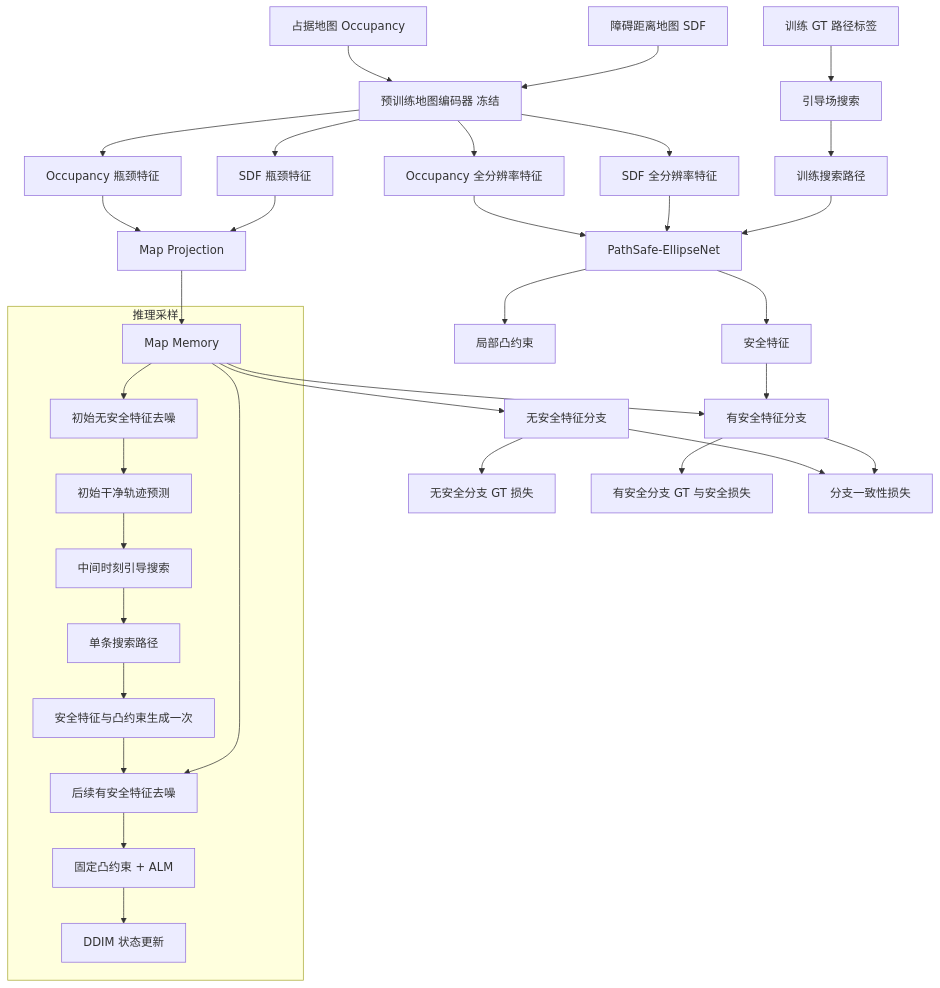
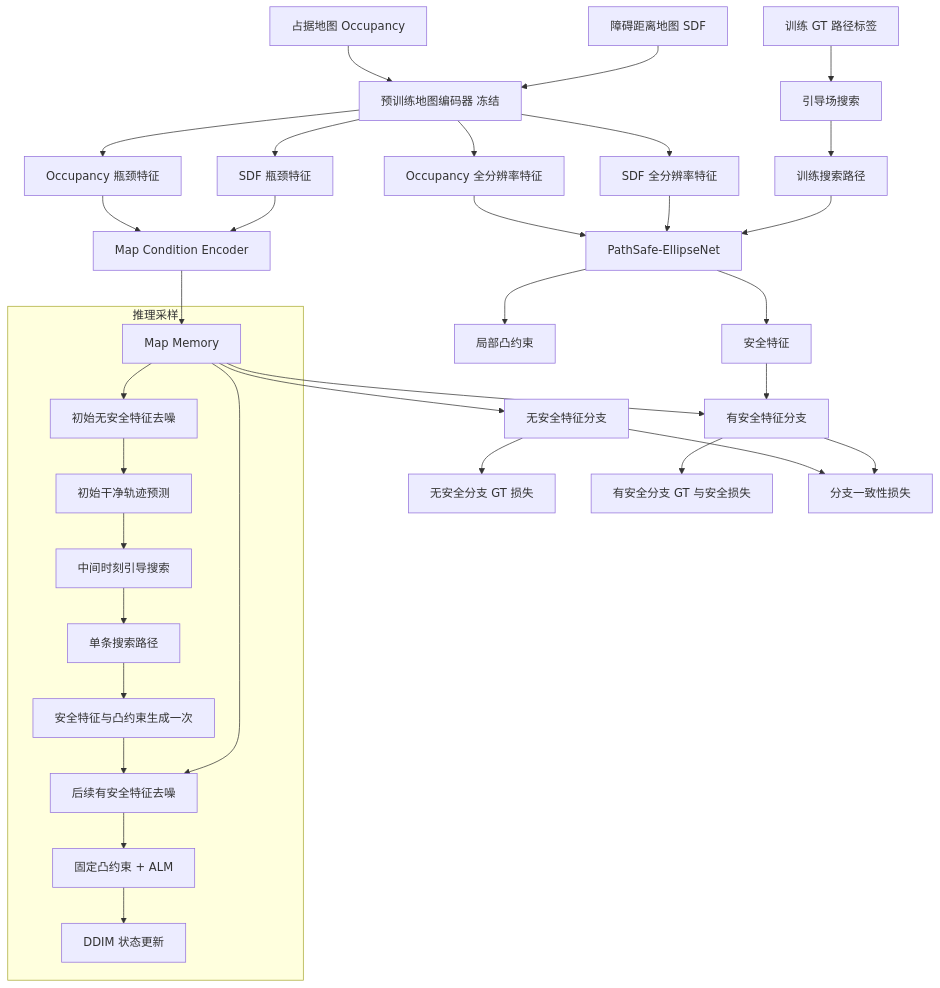
The diagram in docs/安全条件扩散轨迹规划方案_Conditional-DiT网络修正版.md (Hiashekiy/GeoPath-Diffuser), drawn with Mermaid before and after one commit. The commit also changed other lines of this file and 17 other files, not shown here.

````diff
--- a/docs/安全条件扩散轨迹规划方案_Conditional-DiT网络修正版.md
+++ b/docs/安全条件扩散轨迹规划方案_Conditional-DiT网络修正版.md
@@ -44,40 +44,40 @@
 ```mermaid
 flowchart TD
     O[占据地图 Occupancy] --> E[预训练地图编码器 冻结]
     D[障碍距离地图 SDF] --> E
     E --> B1[Occupancy 瓶颈特征]
     E --> B2[SDF 瓶颈特征]
     E --> F1[Occupancy 全分辨率特征]
     E --> F2[SDF 全分辨率特征]
-    B1 --> MP[Map Projection]
+    B1 --> MP[Map Condition Encoder]
     B2 --> MP
     MP --> MM[Map Memory]
     F1 --> SAFE[PathSafe-EllipseNet]
     F2 --> SAFE
 
     GT[训练 GT 路径标签] --> SEARCH_T[引导场搜索]
     SEARCH_T --> PATH_T[训练搜索路径]
     PATH_T --> SAFE
     SAFE --> HS_T[安全特征]
     SAFE --> C_T[局部凸约束]
 
     MM --> U[无安全特征分支]
     MM --> C[有安全特征分支]
     HS_T --> C
     U --> LU[无安全分支 GT 损失]
     C --> LC[有安全分支 GT 与安全损失]
     U --> LA[分支一致性损失]
     C --> LA
 
     subgraph inference[推理采样]
       MM --> U0[初始无安全特征去噪]
       U0 --> X0[初始干净轨迹预测]
       X0 --> SEARCH_I[中间时刻引导搜索]
       SEARCH_I --> PATH_I[单条搜索路径]
       PATH_I --> SAFE_I[安全特征与凸约束生成一次]
       SAFE_I --> C0[后续有安全特征去噪]
       MM --> C0
       C0 --> ALM[固定凸约束 + ALM]
       ALM --> DDIM[DDIM 状态更新]
     end
 ```
````
